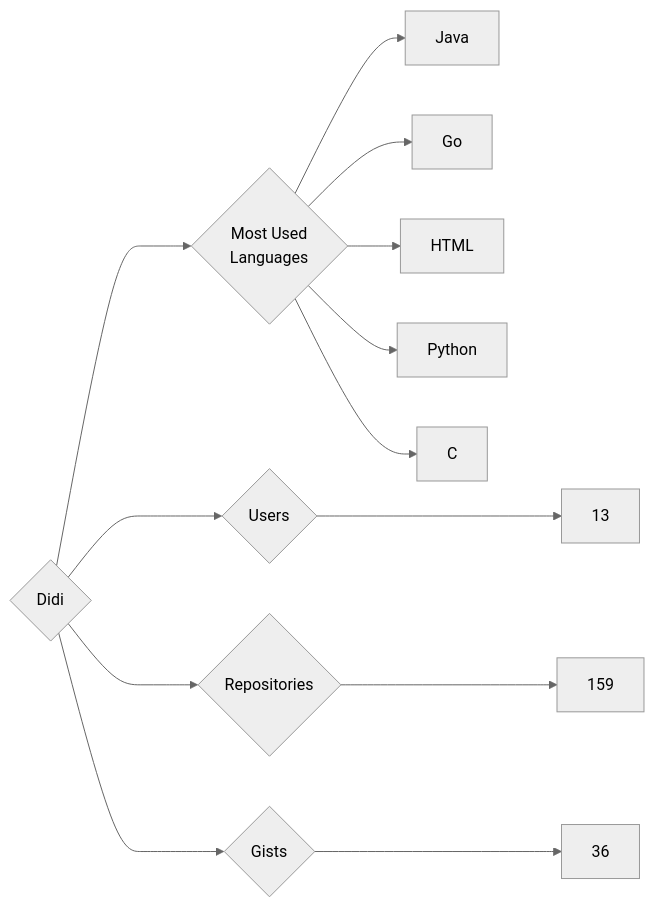
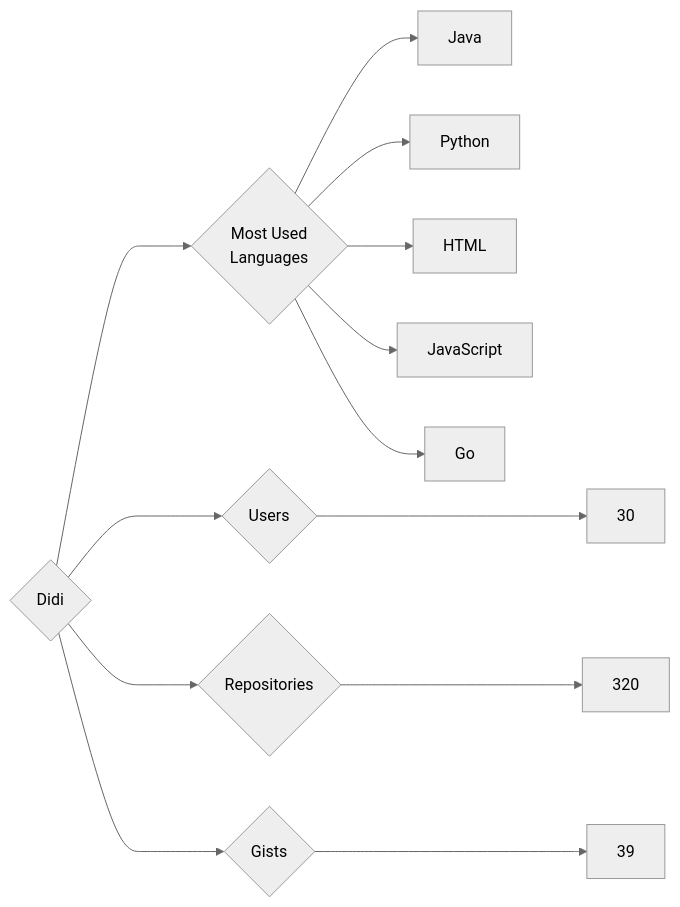
One commit to trickest/insiders changed the diagram in targets/Didi/README.md. Above: the diagram before and after it, drawn with Mermaid (neutral theme). The commit also changed 681 other files, not shown here.

````diff
--- a/targets/Didi/README.md
+++ b/targets/Didi/README.md
@@ -3,13 +3,13 @@
 ```mermaid
 graph LR
 COMPANY_NAME{Didi}
-COMPANY_NAME ---> U{Users} ---> UN[13]
-COMPANY_NAME ---> R{Repositories} ---> RN[159]
-COMPANY_NAME ---> G{Gists} ---> GN[36]
+COMPANY_NAME ---> U{Users} ---> UN[30]
+COMPANY_NAME ---> R{Repositories} ---> RN[320]
+COMPANY_NAME ---> G{Gists} ---> GN[39]
 COMPANY_NAME ---> ML{Most Used<br>Languages}
 ML --> Java[Java]
+ML --> Python[Python]
+ML --> HTML[HTML]
+ML --> JavaScript[JavaScript]
 ML --> Go[Go]
-ML --> HTML[HTML]
-ML --> Python[Python]
-ML --> C[C]
 ```
````
